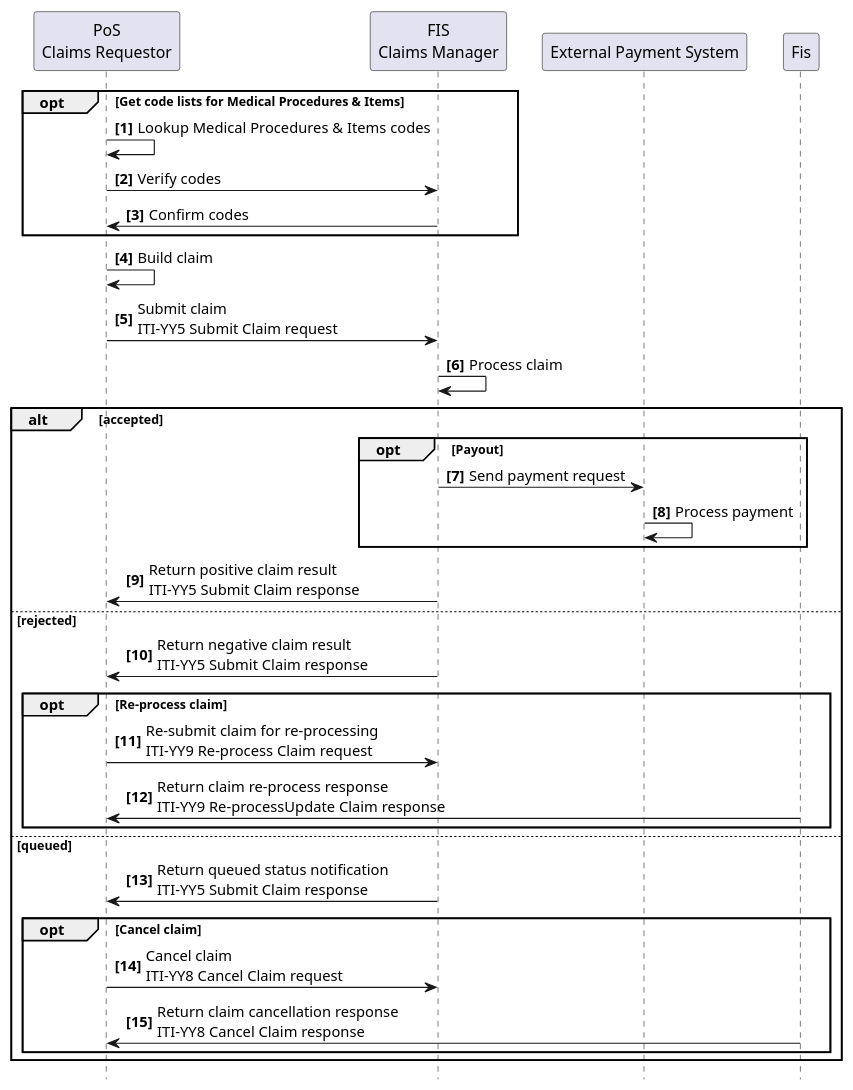
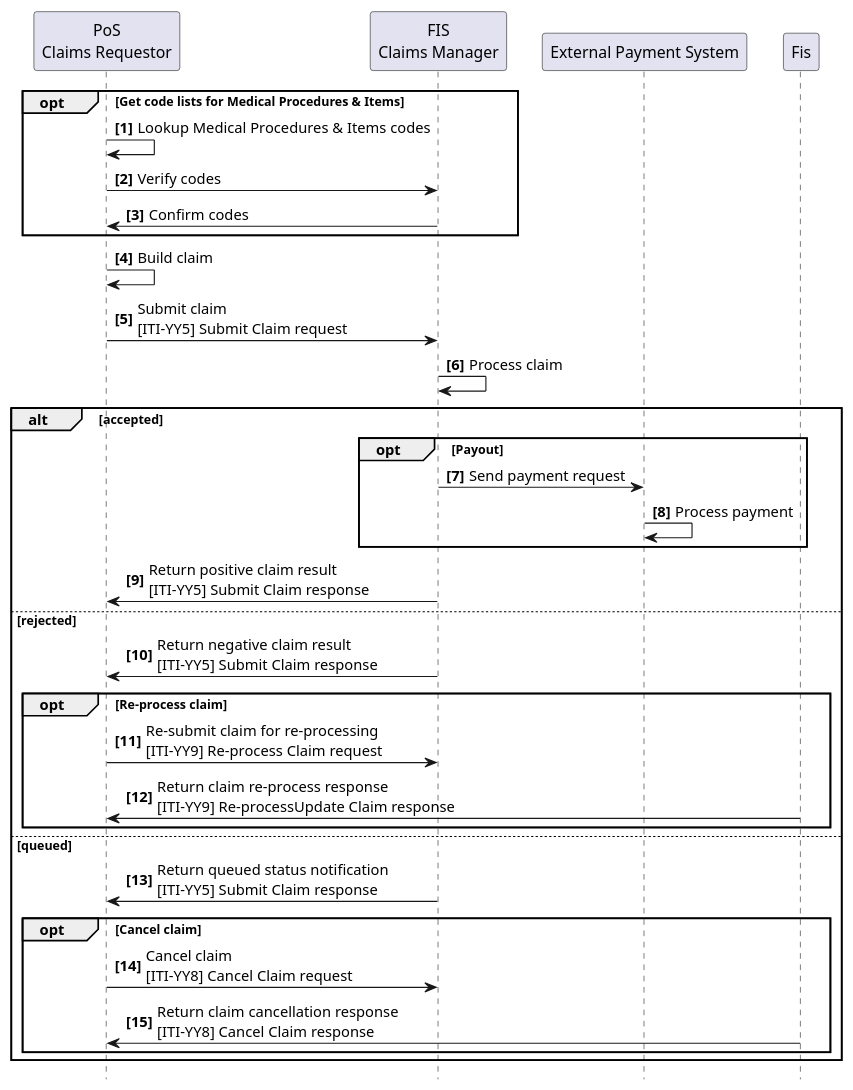
One commit to IHE/ITI.Finance changed the diagram in input/images-source/usecase3-processflow.plantuml. Above: the diagram before and after it, drawn with PlantUML. The commit also changed 7 other files, not shown here.

Commit message:
Fixed typo in transaction numbers in tables and diagrams.  Fixes #10.

```diff
--- a/input/images-source/usecase3-processflow.plantuml
+++ b/input/images-source/usecase3-processflow.plantuml
@@ -1,41 +1,41 @@
 @startuml
 skinparam svgDimensionStyle false
 hide footbox
 autonumber "<b>[0]"
 
 participant "PoS\nClaims Requestor" as App
 participant "FIS\nClaims Manager" as FIS
 participant "External Payment System" as EXT
 
 
 opt Get code lists for Medical Procedures & Items
 	App -> App: Lookup Medical Procedures & Items codes
 	App -> FIS: Verify codes
 	FIS -> App: Confirm codes
 end opt
  
 App -> App: Build claim
-App -> FIS: Submit claim\nITI-YY5 Submit Claim request
+App -> FIS: Submit claim\n&#91;ITI-YY5&#93; Submit Claim request
 FIS -> FIS: Process claim
 
 alt accepted
 	opt Payout
 		FIS->EXT: Send payment request
    	EXT->EXT: Process payment
 	end opt
-	FIS -> App: Return positive claim result\nITI-YY5 Submit Claim response
+	FIS -> App: Return positive claim result\n&#91;ITI-YY5&#93; Submit Claim response
 else rejected
-	FIS -> App: Return negative claim result\nITI-YY5 Submit Claim response
+	FIS -> App: Return negative claim result\n&#91;ITI-YY5&#93; Submit Claim response
 	opt Re-process claim
-		App -> FIS: Re-submit claim for re-processing\nITI-YY9 Re-process Claim request
-		Fis -> App: Return claim re-process response\nITI-YY9 Re-processUpdate Claim response
+		App -> FIS: Re-submit claim for re-processing\n&#91;ITI-YY9&#93; Re-process Claim request
+		Fis -> App: Return claim re-process response\n&#91;ITI-YY9&#93; Re-processUpdate Claim response
 	end opt
 else queued
-	FIS -> App: Return queued status notification\nITI-YY5 Submit Claim response
+	FIS -> App: Return queued status notification\n&#91;ITI-YY5&#93; Submit Claim response
 	opt Cancel claim
-		App -> FIS: Cancel claim\nITI-YY8 Cancel Claim request
-		Fis -> App: Return claim cancellation response\nITI-YY8 Cancel Claim response
+		App -> FIS: Cancel claim\n&#91;ITI-YY8&#93; Cancel Claim request
+		Fis -> App: Return claim cancellation response\n&#91;ITI-YY8&#93; Cancel Claim response
 	end opt
 end
 
 @enduml
```
